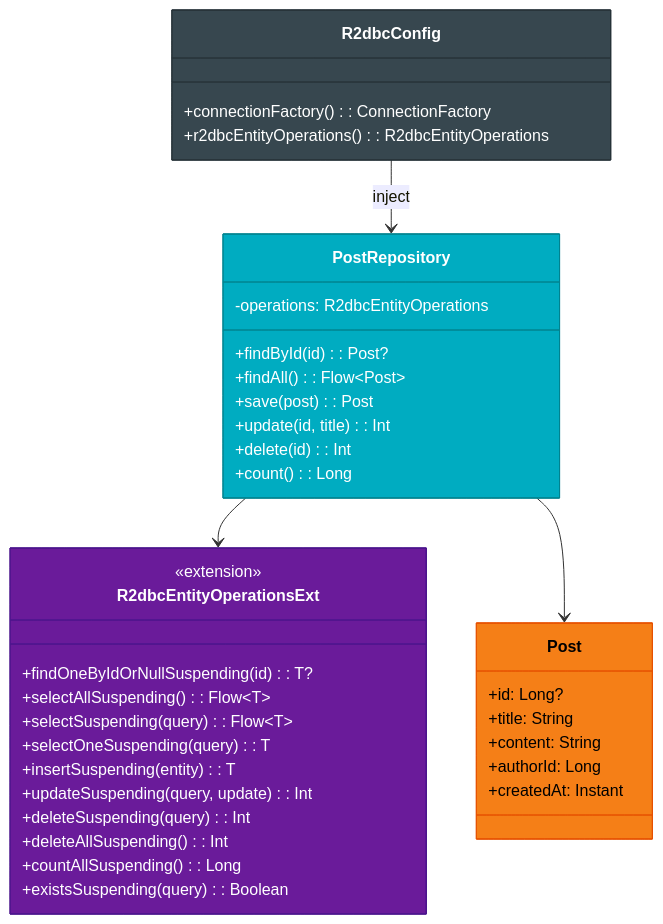
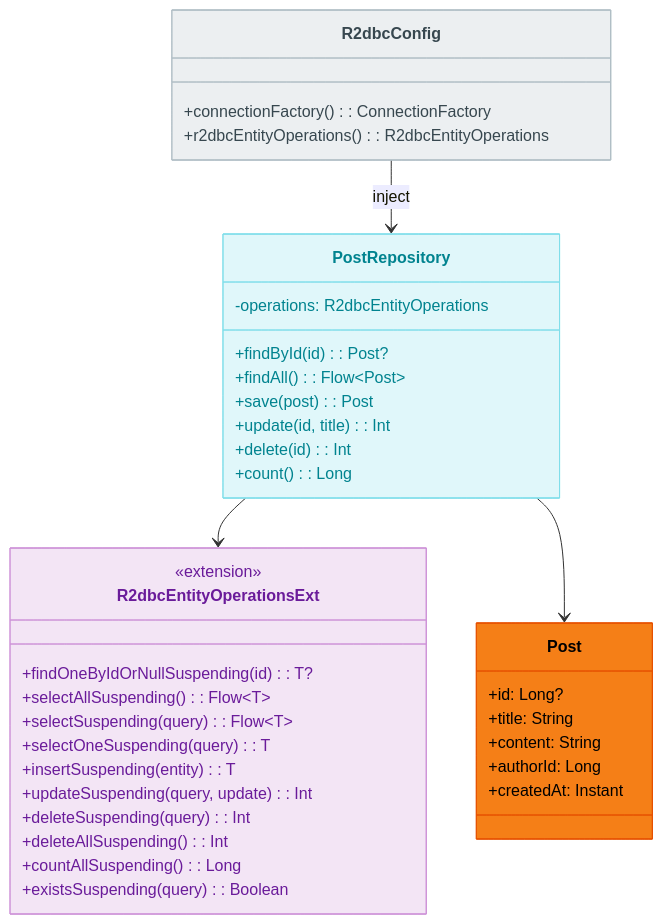
The first of 4 diagrams in spring-boot4/r2dbc/README.md (bluetape4k/bluetape4k-projects), drawn with Mermaid before and after one commit. The commit also changed other lines of this file and 219 other files, not shown here.

First line of the commit message:
docs: 전체 README Mermaid 다이어그램 가이드 적용

````diff
--- a/spring-boot4/r2dbc/README.md
+++ b/spring-boot4/r2dbc/README.md
@@ -119,45 +119,45 @@
 ```mermaid
 classDiagram
     class PostRepository {
         -operations: R2dbcEntityOperations
         +findById(id): Post?
         +findAll(): Flow~Post~
         +save(post): Post
         +update(id, title): Int
         +delete(id): Int
         +count(): Long
     }
     class R2dbcEntityOperationsExt {
         <<extension>>
         +findOneByIdOrNullSuspending(id): T?
         +selectAllSuspending(): Flow~T~
         +selectSuspending(query): Flow~T~
         +selectOneSuspending(query): T
         +insertSuspending(entity): T
         +updateSuspending(query, update): Int
         +deleteSuspending(query): Int
         +deleteAllSuspending(): Int
         +countAllSuspending(): Long
         +existsSuspending(query): Boolean
     }
     class Post {
         +id: Long?
         +title: String
         +content: String
         +authorId: Long
         +createdAt: Instant
     }
     class R2dbcConfig {
         +connectionFactory(): ConnectionFactory
         +r2dbcEntityOperations(): R2dbcEntityOperations
     }
 
     PostRepository --> R2dbcEntityOperationsExt
     PostRepository --> Post
     R2dbcConfig --> PostRepository : inject
 
-    style PostRepository fill:#00ACC1,stroke:#00838F,color:#FFFFFF
-    style R2dbcEntityOperationsExt fill:#6A1B9A,stroke:#4A148C,color:#FFFFFF
+    style PostRepository fill:#E0F7FA,stroke:#80DEEA,color:#00838F
+    style R2dbcEntityOperationsExt fill:#F3E5F5,stroke:#CE93D8,color:#6A1B9A
     style Post fill:#F57F17,stroke:#E65100,color:#000000
-    style R2dbcConfig fill:#37474F,stroke:#263238,color:#FFFFFF
+    style R2dbcConfig fill:#ECEFF1,stroke:#B0BEC5,color:#37474F
 ```
````
